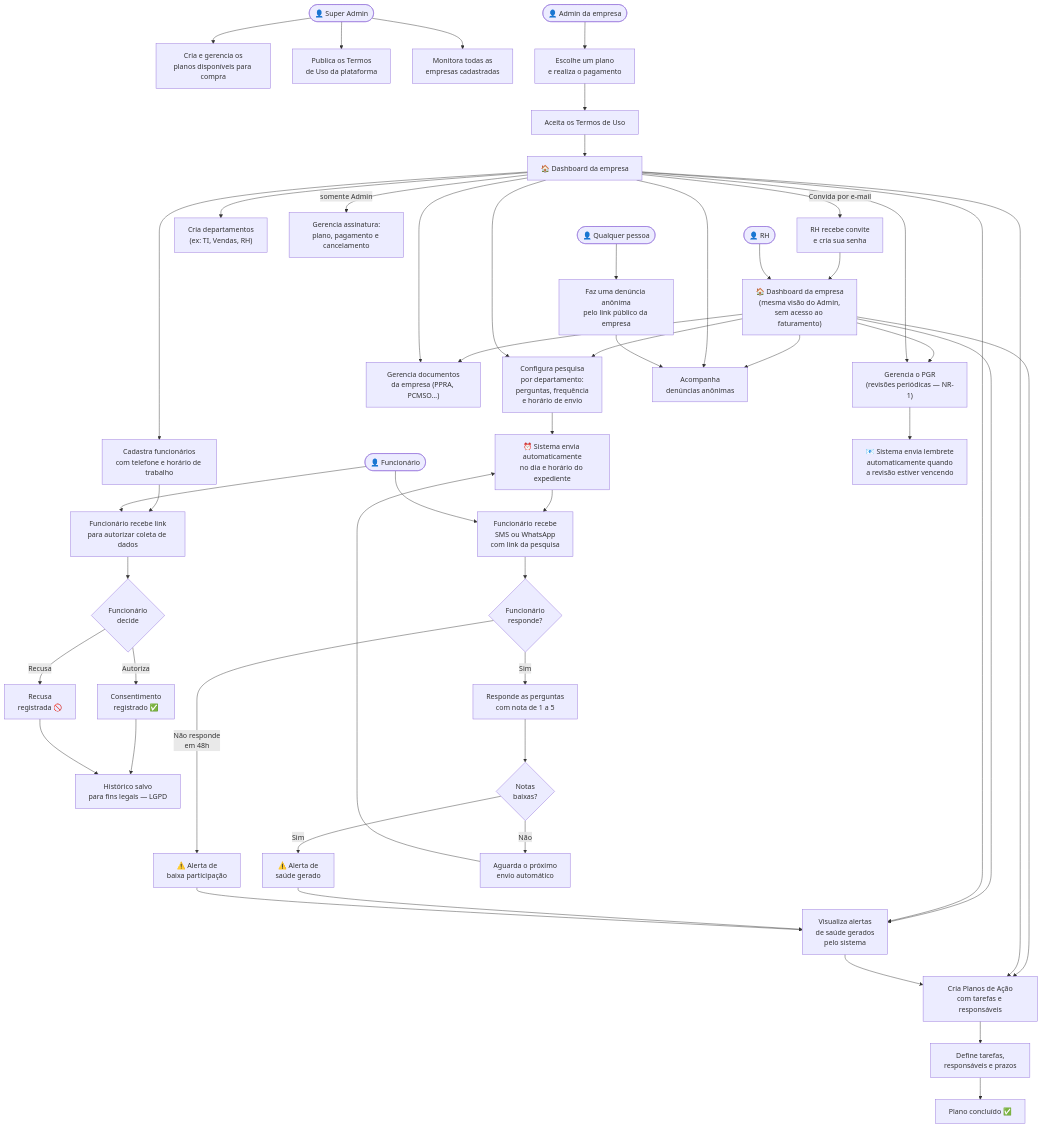
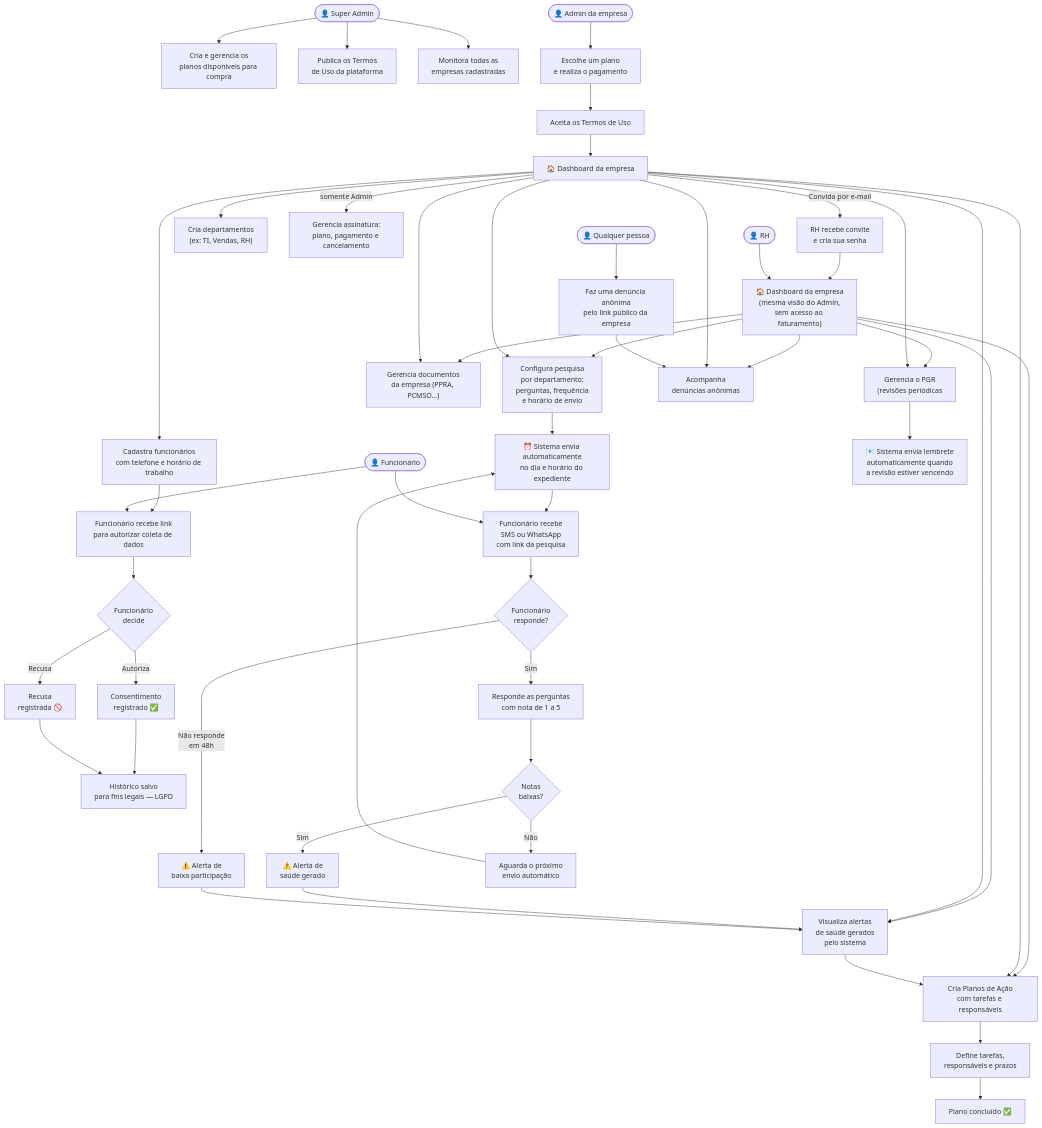
One commit to GabrielAlmeidaFlores/PULSE-IPS changed the first of 2 diagrams in README.md. Above: the diagram before and after it, drawn with Mermaid. The commit also changed other lines of this file and 16 other files, not shown here.

```diff
--- a/README.md
+++ b/README.md
@@ -1070,7 +1070,7 @@
     RH_DASH --> ALERT_VIEW["Visualiza alertas\nde saúde gerados\npelo sistema"]
     RH_DASH --> AP_CREATE["Cria Planos de Ação\ncom tarefas e responsáveis"]
     RH_DASH --> DOCS["Gerencia documentos\nda empresa (PPRA, PCMSO…)"]
-    RH_DASH --> PGR["Gerencia o PGR\n(revisões periódicas — NR-1)"]
+    RH_DASH --> PGR["Gerencia o PGR\n(revisões periódicas"]
     RH_DASH --> REPORTS["Acompanha\ndenúncias anônimas"]
 
     DASH --> SURVEY_CFG
```
